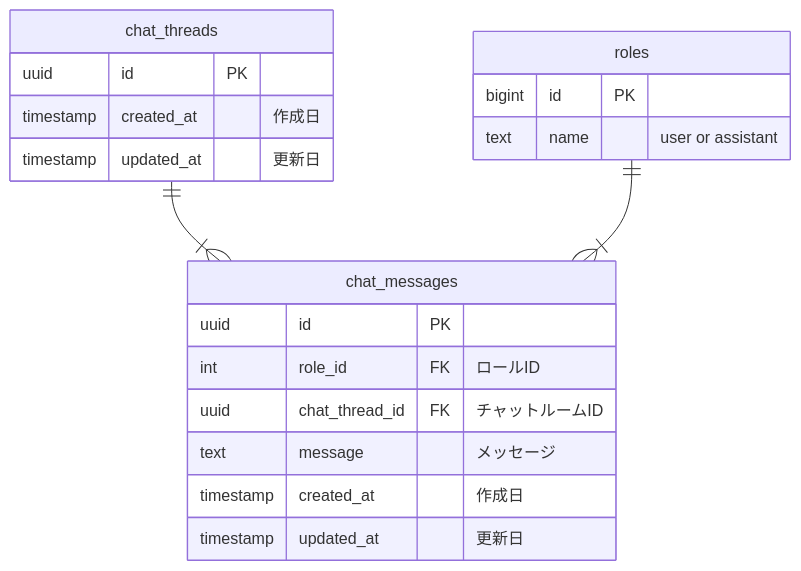
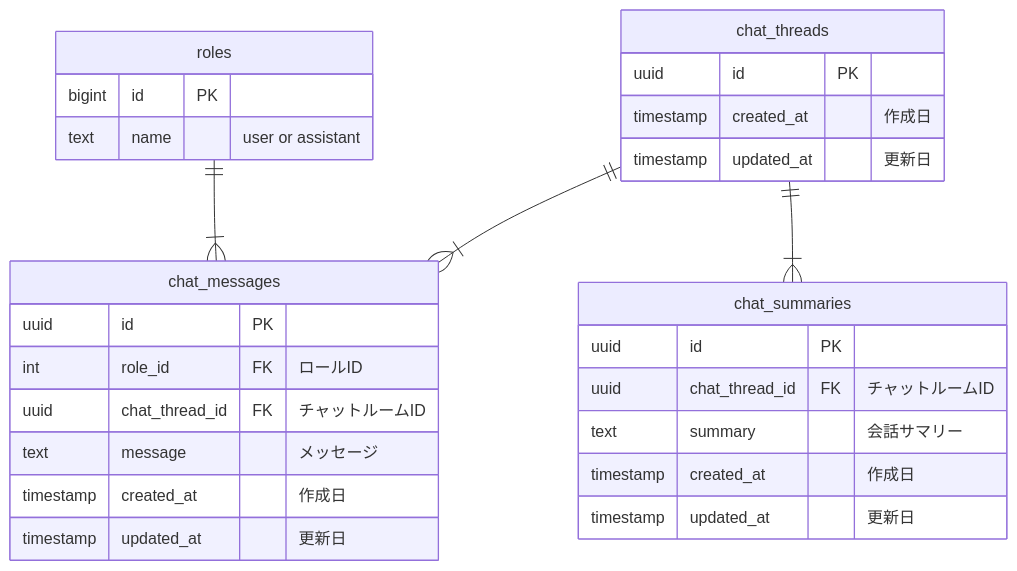
One commit to nakajima97/llm-chat-app-server changed the diagram in documents/er.md. Above: the diagram before and after it, drawn with Mermaid. The commit also changed 6 other files, not shown here.

````diff
--- a/documents/er.md
+++ b/documents/er.md
@@ -1,27 +1,35 @@
 ```mermaid
 erDiagram
 
 chat_threads ||--|{ chat_messages : ""
+chat_threads ||--|{ chat_summaries : ""
 roles ||--|{ chat_messages : ""
 
 roles {
   bigint id PK
   text name "user or assistant"
 }
 
 chat_messages {
   uuid id PK
   int role_id FK "ロールID"
   uuid chat_thread_id FK "チャットルームID"
   text message "メッセージ"
   timestamp created_at "作成日"
   timestamp updated_at "更新日"
 }
 
+chat_summaries {
+  uuid id PK
+  uuid chat_thread_id FK "チャットルームID"
+  text summary "会話サマリー"
+  timestamp created_at "作成日"
+  timestamp updated_at "更新日"
+}
+
 chat_threads {
   uuid id PK
   timestamp created_at "作成日"
   timestamp updated_at "更新日"
 }
-
 ```
````
